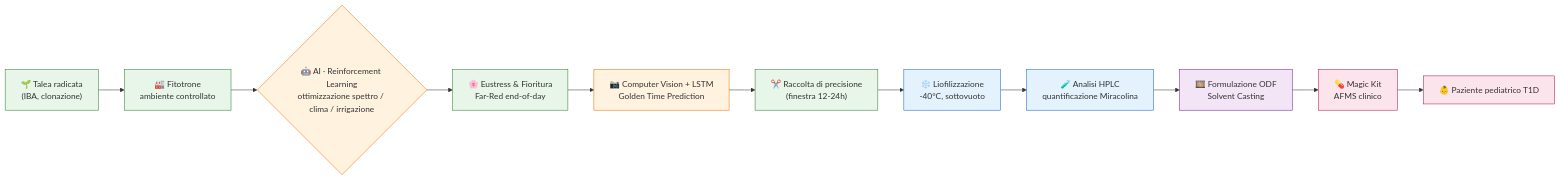
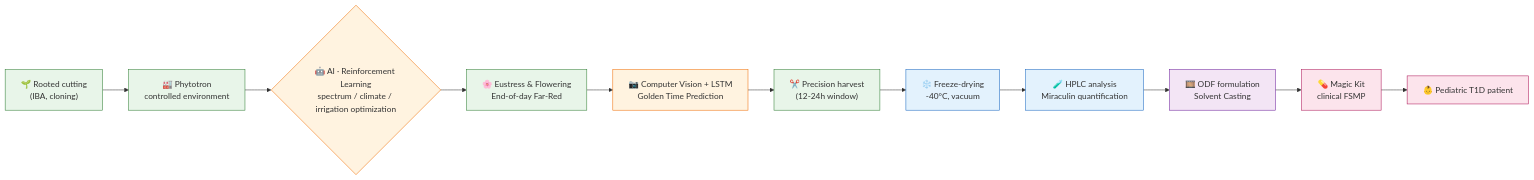
One commit to simofildi/sweeft changed the first of 5 diagrams in README.md. Above: the diagram before and after it, drawn with Mermaid. The commit also changed other lines of this file and 2 other files, not shown here.

````diff
--- a/README.md
+++ b/README.md
@@ -63,25 +63,25 @@
 ```mermaid
 flowchart LR
-    A["🌱 Talea radicata\n(IBA, clonazione)"] --> B["🏭 Fitotrone\nambiente controllato"]
-    B --> C{"🤖 AI · Reinforcement Learning\nottimizzazione spettro / clima / irrigazione"}
-    C --> D["🌸 Eustress & Fioritura\nFar-Red end-of-day"]
+    A["🌱 Rooted cutting\n(IBA, cloning)"] --> B["🏭 Phytotron\ncontrolled environment"]
+    B --> C{"🤖 AI · Reinforcement Learning\nspectrum / climate / irrigation optimization"}
+    C --> D["🌸 Eustress & Flowering\nEnd-of-day Far-Red"]
     D --> E["📷 Computer Vision + LSTM\nGolden Time Prediction"]
-    E --> F["✂️ Raccolta di precisione\n(finestra 12-24h)"]
-    F --> G["❄️ Liofilizzazione\n-40°C, sottovuoto"]
-    G --> H["🧪 Analisi HPLC\nquantificazione Miracolina"]
-    H --> I["🎞️ Formulazione ODF\nSolvent Casting"]
-    I --> J["💊 Magic Kit\nAFMS clinico"]
-    J --> K["👶 Paziente pediatrico T1D"]
+    E --> F["✂️ Precision harvest\n(12-24h window)"]
+    F --> G["❄️ Freeze-drying\n-40°C, vacuum"]
+    G --> H["🧪 HPLC analysis\nMiraculin quantification"]
+    H --> I["🎞️ ODF formulation\nSolvent Casting"]
+    I --> J["💊 Magic Kit\nclinical FSMP"]
+    J --> K["👶 Pediatric T1D patient"]
 
     style A fill:#e8f5e9,stroke:#2e7d32
     style B fill:#e8f5e9,stroke:#2e7d32
     style C fill:#fff3e0,stroke:#ef6c00
     style D fill:#e8f5e9,stroke:#2e7d32
     style E fill:#fff3e0,stroke:#ef6c00
     style F fill:#e8f5e9,stroke:#2e7d32
     style G fill:#e3f2fd,stroke:#1565c0
     style H fill:#e3f2fd,stroke:#1565c0
     style I fill:#f3e5f5,stroke:#6a1b9a
     style J fill:#fce4ec,stroke:#ad1457
     style K fill:#fce4ec,stroke:#ad1457
 ```
````
